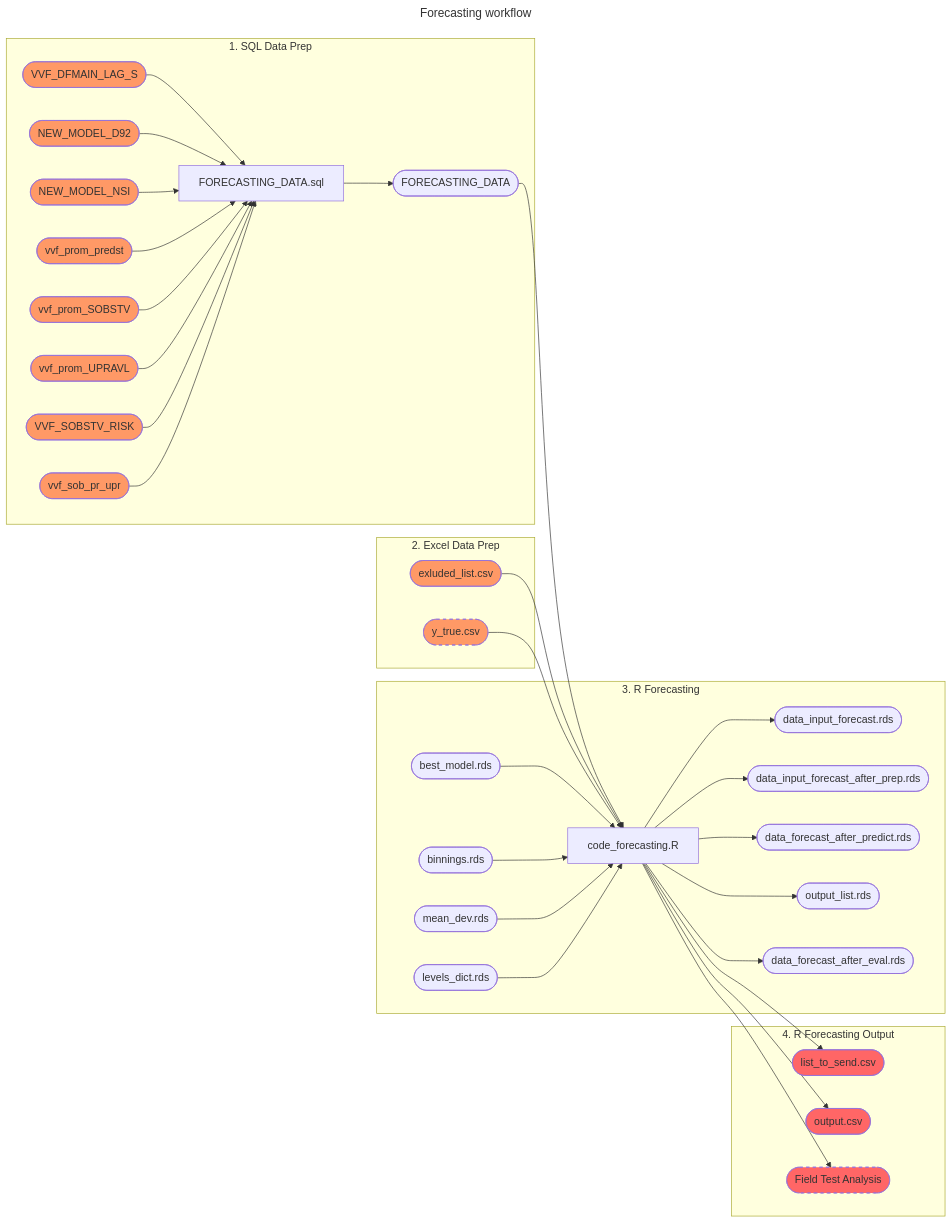
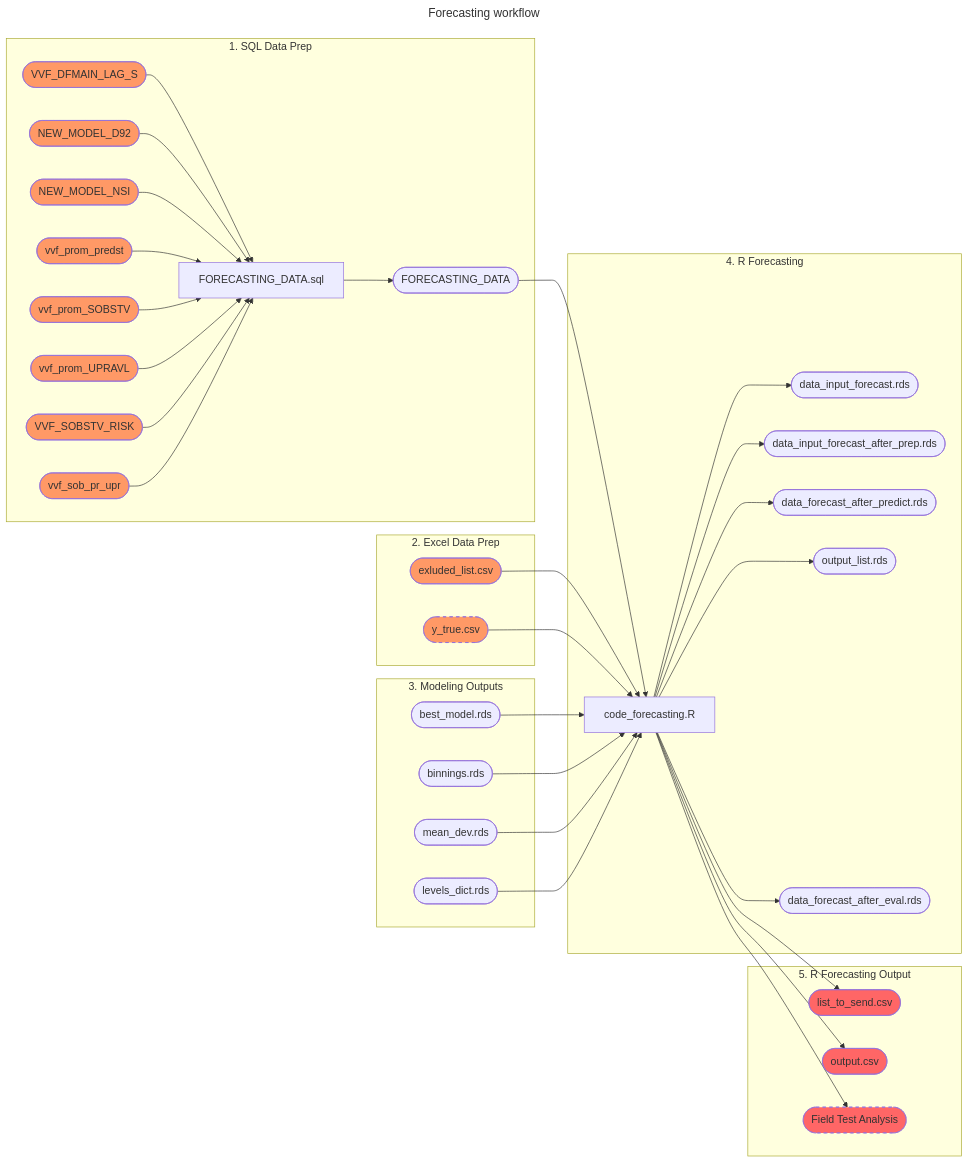
One commit to angel-marchev/case-cold-start-modeling changed the third of 3 diagrams in user-manual.md. Above: the diagram before and after it, drawn with Mermaid.

````diff
--- a/user-manual.md
+++ b/user-manual.md
@@ -79,51 +79,58 @@
 ```mermaid
 ---
 title: Forecasting workflow
 ---
 flowchart LR;
 
 subgraph sql_forecasting["1. SQL Data Prep"]
     input_data([VVF_DFMAIN_LAG_S])-->sql_forecast[FORECASTING_DATA.sql];
     dekl92([NEW_MODEL_D92])-->sql_forecast[FORECASTING_DATA.sql];
     gfo([NEW_MODEL_NSI])-->sql_forecast[FORECASTING_DATA.sql];
     flag_predst([vvf_prom_predst])-->sql_forecast[FORECASTING_DATA.sql];
     flag_sobst([vvf_prom_SOBSTV])-->sql_forecast[FORECASTING_DATA.sql];
     flag_uprav([vvf_prom_UPRAVL])-->sql_forecast[FORECASTING_DATA.sql];
     flag_sobst_risk([VVF_SOBSTV_RISK])-->sql_forecast[FORECASTING_DATA.sql];
     flag_promeni([vvf_sob_pr_upr])-->sql_forecast[FORECASTING_DATA.sql];
     sql_forecast[FORECASTING_DATA.sql]-->forecasting_table([FORECASTING_DATA]);
     class input_data,dekl92,gfo,flag_predst,flag_sobst,flag_uprav,flag_sobst_risk,flag_promeni ToBePrapared;
     classDef ToBePrapared fill:#f96;
 end
 
 subgraph excel_data_prep["2. Excel Data Prep"]
     excl_list([exluded_list.csv]);
     style excl_list fill:#f96;
     field_test([y_true.csv]);
     style field_test fill:#f96,stroke-dasharray: 5 5; 
 end
 
-subgraph R_forecasting["3. R Forecasting"]
+subgraph R_modeling_output["3. Modeling Outputs"]
+    best_model([best_model.rds]);
+    binnings([binnings.rds]);
+    mean_dev([mean_dev.rds]);
+    levels_dict([levels_dict.rds]);
+end
+
+subgraph R_forecasting["4. R Forecasting"]
     forecasting_table([FORECASTING_DATA])-->r_forecast[code_forecasting.R];
     excl_list([exluded_list.csv])-->r_forecast[code_forecasting.R];
     field_test([y_true.csv])-->r_forecast[code_forecasting.R];
     best_model([best_model.rds])-->r_forecast[code_forecasting.R];
     binnings([binnings.rds])-->r_forecast[code_forecasting.R];
     mean_dev([mean_dev.rds])-->r_forecast[code_forecasting.R];
     levels_dict([levels_dict.rds])-->r_forecast[code_forecasting.R];
     r_forecast[code_forecasting.R]-->output9([data_input_forecast.rds]);
     r_forecast[code_forecasting.R]-->output10([data_input_forecast_after_prep.rds]);
     r_forecast[code_forecasting.R]-->output11([data_forecast_after_predict.rds]);
     r_forecast[code_forecasting.R]-->output12([output_list.rds]);
     r_forecast[code_forecasting.R]-->output13([data_forecast_after_eval.rds]);
 end
 
-subgraph R_output["4. R Forecasting Output"]
+subgraph R_output["5. R Forecasting Output"]
     r_forecast[code_forecasting.R]-->output_list([list_to_send.csv]);
     r_forecast[code_forecasting.R]-->explained_list([output.csv]);
     r_forecast[code_forecasting.R]-->field_test_analysis(["Field Test Analysis"]);
     style field_test_analysis fill:#f66,stroke-dasharray: 5 5;
     class output_list,explained_list ToBeUsed;
     classDef ToBeUsed fill:#f66;
 end
 ```
````
